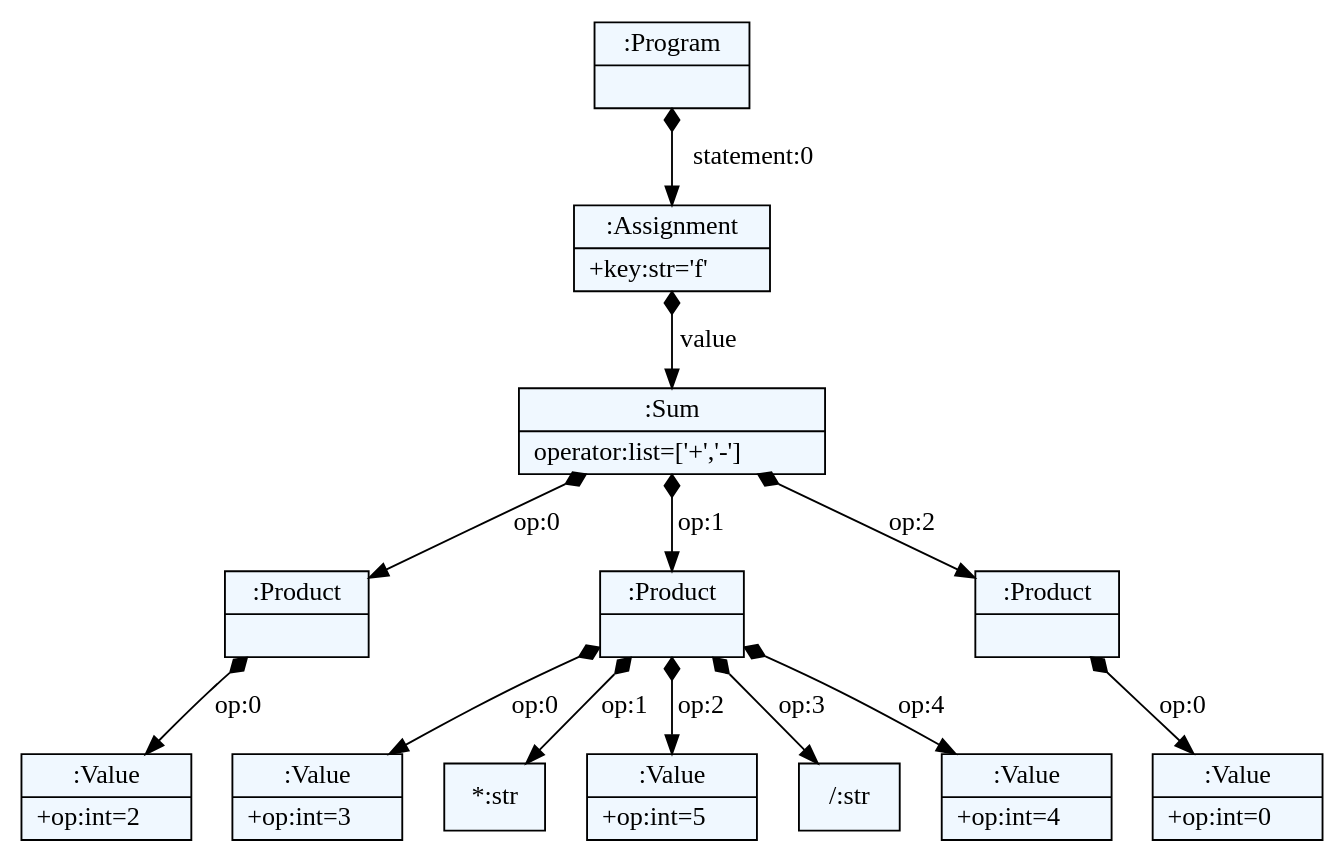
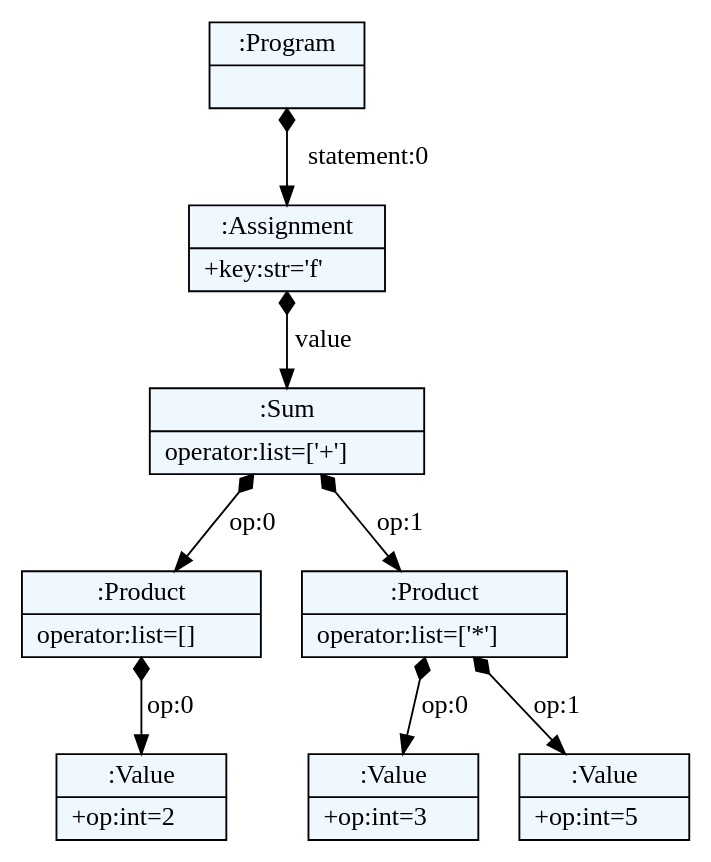
The diagram in examples/test_ae2.dot (robinjack/dsl_for_data_analysis), drawn with Graphviz before and after one commit. The commit also changed 67 other files, not shown here.

```diff
--- a/examples/test_ae2.dot
+++ b/examples/test_ae2.dot
@@ -1,38 +1,30 @@
 
     digraph textX {
     fontname = "Bitstream Vera Sans"
     fontsize = 8
     node[
         shape=record,
         style=filled,
         fillcolor=aliceblue
     ]
     nodesep = 0.3
     edge[dir=black,arrowtail=empty]
 
 
-4648771984 -> 4648772240 [label="statement:0" arrowtail=diamond dir=both]
-4648772240 -> 4648772432 [label="value" arrowtail=diamond dir=both]
-4648772432 -> 4648772560 [label="op:0" arrowtail=diamond dir=both]
-4648772560 -> 4648772752 [label="op:0" arrowtail=diamond dir=both]
-4648772752[label="{:Value|+op:int=2\l}"]
-4648772560[label="{:Product|}"]
-4648772432 -> 4648772880 [label="op:1" arrowtail=diamond dir=both]
-4648772880 -> 4648772816 [label="op:0" arrowtail=diamond dir=both]
-4648772816[label="{:Value|+op:int=3\l}"]
-4648772880 -> "*:str" [label="op:1" arrowtail=diamond dir=both]
-4648772880 -> 4648773072 [label="op:2" arrowtail=diamond dir=both]
-4648773072[label="{:Value|+op:int=5\l}"]
-4648772880 -> "/:str" [label="op:3" arrowtail=diamond dir=both]
-4648772880 -> 4648773136 [label="op:4" arrowtail=diamond dir=both]
-4648773136[label="{:Value|+op:int=4\l}"]
-4648772880[label="{:Product|}"]
-4648772432 -> 4648772688 [label="op:2" arrowtail=diamond dir=both]
-4648772688 -> 4648773264 [label="op:0" arrowtail=diamond dir=both]
-4648773264[label="{:Value|+op:int=0\l}"]
-4648772688[label="{:Product|}"]
-4648772432[label="{:Sum|operator:list=['+','-']\l}"]
-4648772240[label="{:Assignment|+key:str='f'\l}"]
-4648771984[label="{:Program|}"]
+4604390672 -> 4604388432 [label="statement:0" arrowtail=diamond dir=both]
+4604388432 -> 4604470864 [label="value" arrowtail=diamond dir=both]
+4604470864 -> 4604471120 [label="op:0" arrowtail=diamond dir=both]
+4604471120 -> 4604470544 [label="op:0" arrowtail=diamond dir=both]
+4604470544[label="{:Value|+op:int=2\l}"]
+4604471120[label="{:Product|operator:list=[]\l}"]
+4604470864 -> 4604472464 [label="op:1" arrowtail=diamond dir=both]
+4604472464 -> 4604472400 [label="op:0" arrowtail=diamond dir=both]
+4604472400[label="{:Value|+op:int=3\l}"]
+4604472464 -> 4604470736 [label="op:1" arrowtail=diamond dir=both]
+4604470736[label="{:Value|+op:int=5\l}"]
+4604472464[label="{:Product|operator:list=['*']\l}"]
+4604470864[label="{:Sum|operator:list=['+']\l}"]
+4604388432[label="{:Assignment|+key:str='f'\l}"]
+4604390672[label="{:Program|}"]
 
 }
```
